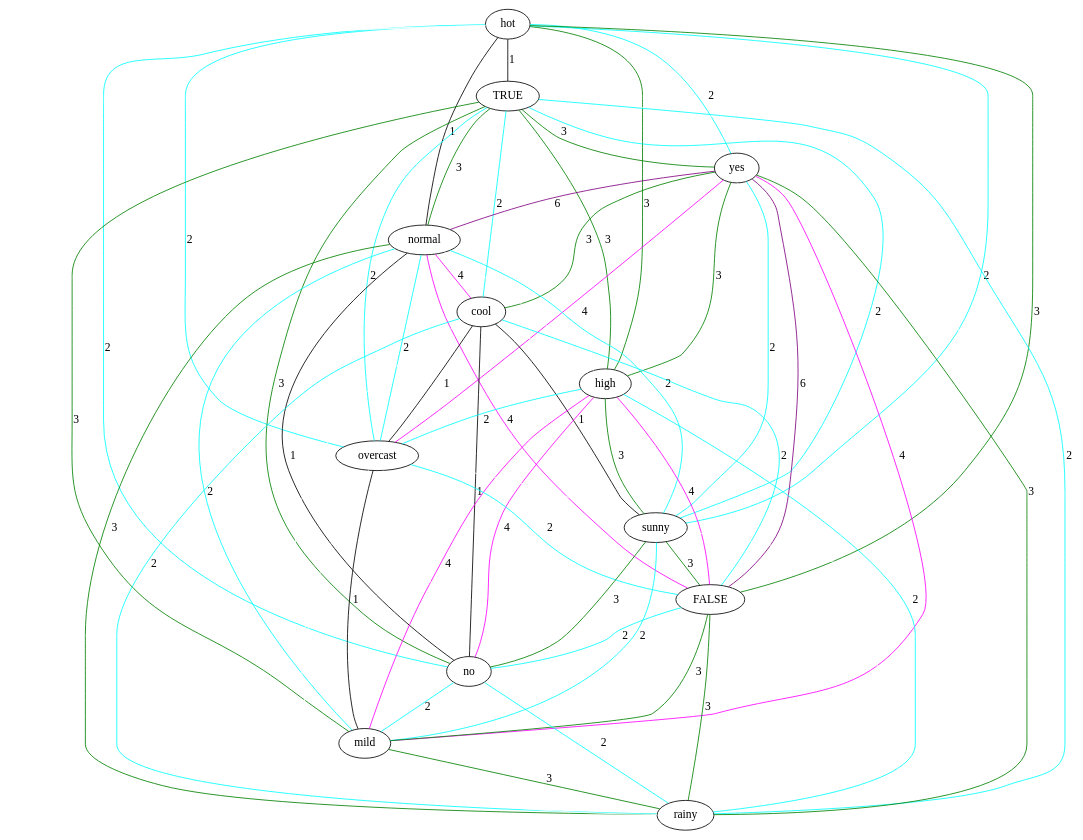
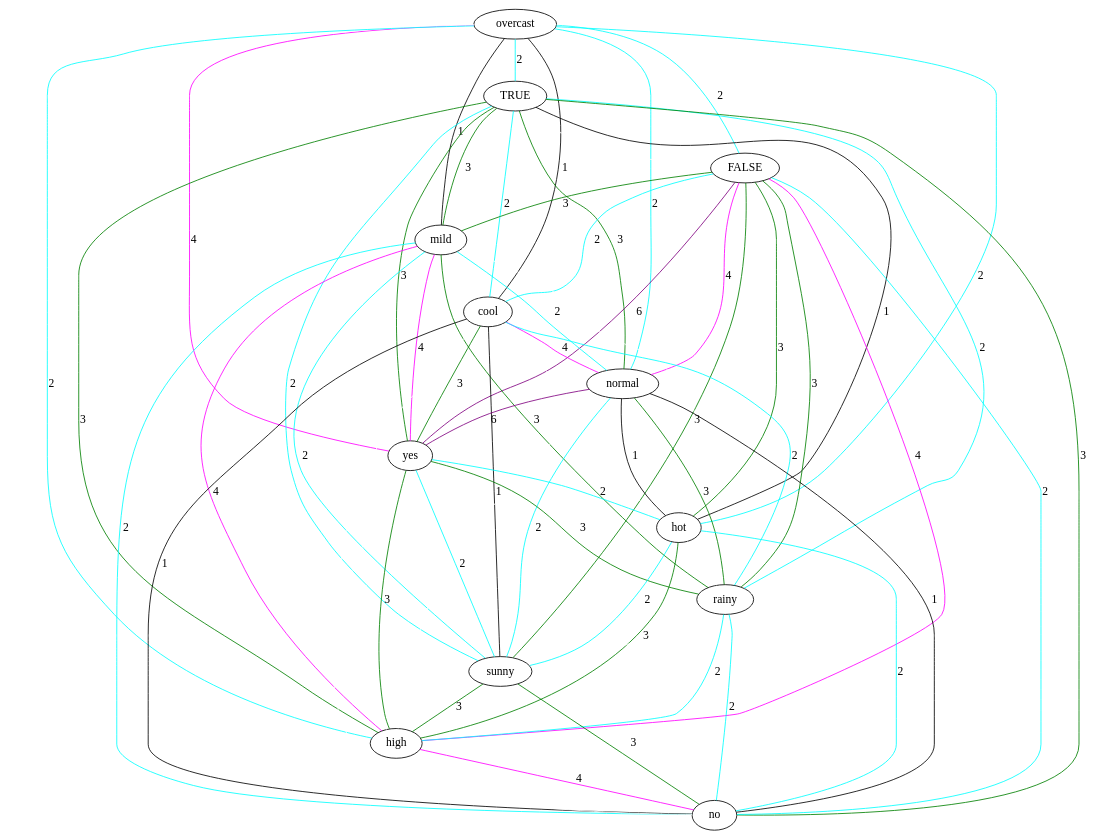
The diagram in src/final/linearGraph.dot (lrodrin/TFG), drawn with Graphviz before and after one commit. The commit also changed 4 other files, not shown here.

```diff
--- a/src/final/linearGraph.dot
+++ b/src/final/linearGraph.dot
@@ -1,80 +1,80 @@
 strict graph "" {
+overcast;
+TRUE;
+FALSE;
+mild;
+cool;
+normal;
+yes;
 hot;
-TRUE;
-yes;
-normal;
-cool;
+rainy;
+sunny;
 high;
-overcast;
-sunny;
-FALSE;
 no;
-mild;
-rainy;
-hot -- sunny  [color=cyan, label=2];
-hot -- rainy  [color=white];
-hot -- TRUE  [color=black, label=1];
-hot -- yes  [color=cyan, label=2];
-hot -- no  [color=cyan, label=2];
-hot -- normal  [color=black, label=1];
-hot -- cool  [color=white];
-hot -- FALSE  [color=green, label=3];
-hot -- high  [color=green, label=3];
-hot -- mild  [color=white];
-hot -- overcast  [color=cyan, label=2];
+overcast -- yes  [color=magenta, label=4];
+overcast -- hot  [color=cyan, label=2];
+overcast -- rainy  [color=white];
+overcast -- TRUE  [color=cyan, label=2];
+overcast -- FALSE  [color=cyan, label=2];
+overcast -- mild  [color=black, label=1];
+overcast -- cool  [color=black, label=1];
+overcast -- normal  [color=cyan, label=2];
+overcast -- high  [color=cyan, label=2];
+overcast -- no  [color=white];
+overcast -- sunny  [color=white];
+TRUE -- yes  [color=green, label=3];
+TRUE -- hot  [color=black, label=1];
 TRUE -- rainy  [color=cyan, label=2];
-TRUE -- yes  [color=green, label=3];
+TRUE -- sunny  [color=cyan, label=2];
+TRUE -- FALSE  [color=white];
+TRUE -- mild  [color=green, label=3];
+TRUE -- cool  [color=cyan, label=2];
+TRUE -- normal  [color=green, label=3];
+TRUE -- high  [color=green, label=3];
 TRUE -- no  [color=green, label=3];
-TRUE -- normal  [color=green, label=3];
-TRUE -- cool  [color=cyan, label=2];
-TRUE -- FALSE  [color=white];
-TRUE -- high  [color=green, label=3];
-TRUE -- sunny  [color=cyan, label=2];
-TRUE -- overcast  [color=cyan, label=2];
-TRUE -- mild  [color=green, label=3];
-yes -- rainy  [color=green, label=3];
-yes -- FALSE  [color=purple, label=6];
-yes -- no  [color=white];
-yes -- normal  [color=purple, label=6];
-yes -- cool  [color=green, label=3];
-yes -- mild  [color=magenta, label=4];
-yes -- high  [color=green, label=3];
-yes -- sunny  [color=cyan, label=2];
-yes -- overcast  [color=magenta, label=4];
+FALSE -- yes  [color=purple, label=6];
+FALSE -- hot  [color=green, label=3];
+FALSE -- rainy  [color=green, label=3];
+FALSE -- mild  [color=green, label=3];
+FALSE -- cool  [color=cyan, label=2];
+FALSE -- normal  [color=magenta, label=4];
+FALSE -- high  [color=magenta, label=4];
+FALSE -- no  [color=cyan, label=2];
+FALSE -- sunny  [color=green, label=3];
+mild -- yes  [color=magenta, label=4];
+mild -- hot  [color=white];
+mild -- rainy  [color=green, label=3];
+mild -- high  [color=magenta, label=4];
+mild -- cool  [color=white];
+mild -- normal  [color=cyan, label=2];
+mild -- no  [color=cyan, label=2];
+mild -- sunny  [color=cyan, label=2];
+cool -- yes  [color=green, label=3];
+cool -- hot  [color=white];
+cool -- rainy  [color=cyan, label=2];
+cool -- normal  [color=magenta, label=4];
+cool -- high  [color=white];
+cool -- no  [color=black, label=1];
+cool -- sunny  [color=black, label=1];
+normal -- yes  [color=purple, label=6];
+normal -- hot  [color=black, label=1];
 normal -- rainy  [color=green, label=3];
 normal -- no  [color=black, label=1];
-normal -- mild  [color=cyan, label=2];
-normal -- cool  [color=magenta, label=4];
-normal -- FALSE  [color=magenta, label=4];
 normal -- high  [color=white];
 normal -- sunny  [color=cyan, label=2];
-normal -- overcast  [color=cyan, label=2];
-cool -- rainy  [color=cyan, label=2];
-cool -- no  [color=black, label=1];
-cool -- mild  [color=white];
-cool -- FALSE  [color=cyan, label=2];
-cool -- high  [color=white];
-cool -- sunny  [color=black, label=1];
-cool -- overcast  [color=black, label=1];
-high -- rainy  [color=cyan, label=2];
+yes -- hot  [color=cyan, label=2];
+yes -- rainy  [color=green, label=3];
+yes -- high  [color=green, label=3];
+yes -- no  [color=white];
+yes -- sunny  [color=cyan, label=2];
+hot -- rainy  [color=white];
+hot -- high  [color=green, label=3];
+hot -- no  [color=cyan, label=2];
+hot -- sunny  [color=cyan, label=2];
+rainy -- high  [color=cyan, label=2];
+rainy -- no  [color=cyan, label=2];
+rainy -- sunny  [color=white];
+sunny -- high  [color=green, label=3];
+sunny -- no  [color=green, label=3];
 high -- no  [color=magenta, label=4];
-high -- FALSE  [color=magenta, label=4];
-high -- sunny  [color=green, label=3];
-high -- overcast  [color=cyan, label=2];
-high -- mild  [color=magenta, label=4];
-overcast -- no  [color=white];
-overcast -- FALSE  [color=cyan, label=2];
-overcast -- sunny  [color=white];
-overcast -- rainy  [color=white];
-overcast -- mild  [color=black, label=1];
-sunny -- rainy  [color=white];
-sunny -- no  [color=green, label=3];
-sunny -- FALSE  [color=green, label=3];
-sunny -- mild  [color=cyan, label=2];
-FALSE -- rainy  [color=green, label=3];
-FALSE -- no  [color=cyan, label=2];
-FALSE -- mild  [color=green, label=3];
-no -- rainy  [color=cyan, label=2];
-no -- mild  [color=cyan, label=2];
-mild -- rainy  [color=green, label=3];
 }
```
